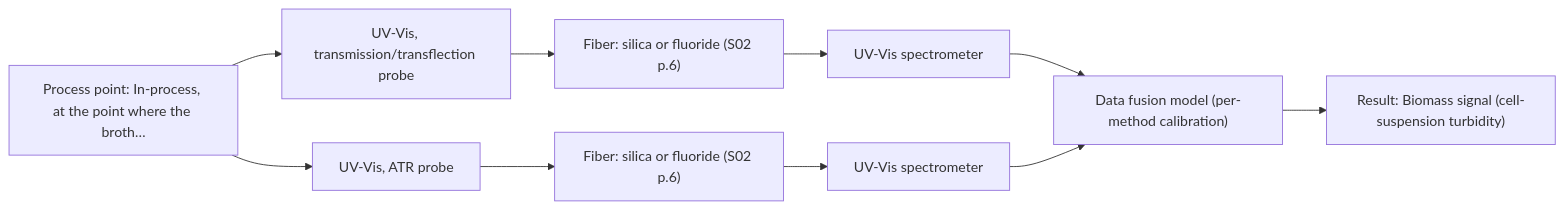
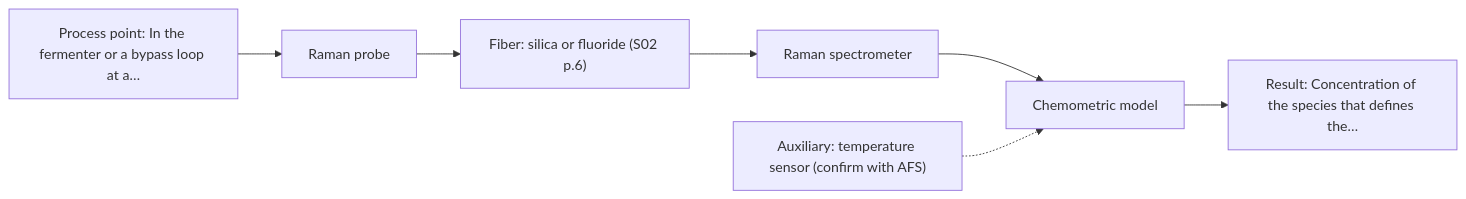
One commit to sleipnir029/Afs-Spectroscopy-Assistant changed the first of 2 diagrams in outputs/dev/D05.md. Above: the diagram before and after it, drawn with Mermaid. The commit also changed other lines of this file and 15 other files, not shown here.

Commit message:
3.R4 dev outputs: 8/8 pass, 0 hard failures, 236/236 citations, 14/14 charts, 8/8 cost classes

````diff
--- a/outputs/dev/D05.md
+++ b/outputs/dev/D05.md
@@ -36,21 +36,16 @@
 ```mermaid
 flowchart LR
-    proc["Process point: In-process, at the point where the broth…"]
-    probe1["UV-Vis, transmission/transflection probe"]
+    proc["Process point: In the fermenter or a bypass loop at a…"]
+    probe1["Raman probe"]
     fiber1["Fiber: silica or fluoride (S02 p.6)"]
-    spec1["UV-Vis spectrometer"]
-    probe2["UV-Vis, ATR probe"]
-    fiber2["Fiber: silica or fluoride (S02 p.6)"]
-    spec2["UV-Vis spectrometer"]
-    model["Data fusion model (per-method calibration)"]
-    result["Result: Biomass signal (cell-suspension turbidity)"]
+    spec1["Raman spectrometer"]
+    model["Chemometric model"]
+    result["Result: Concentration of the species that defines the…"]
+    aux1["Auxiliary: temperature sensor (confirm with AFS)"]
     proc --> probe1
     probe1 --> fiber1
     fiber1 --> spec1
     spec1 --> model
-    proc --> probe2
-    probe2 --> fiber2
-    fiber2 --> spec2
-    spec2 --> model
     model --> result
+    aux1 -.-> model
 ```
````
